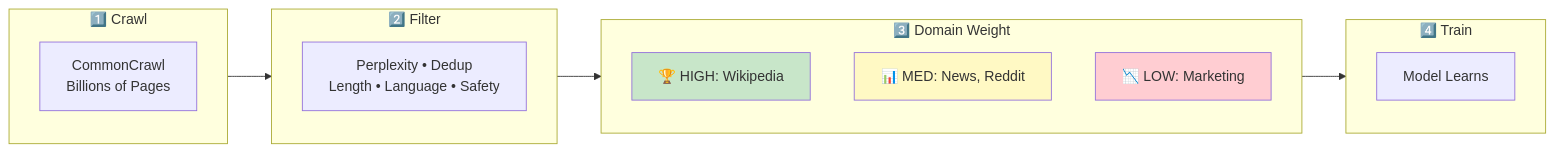
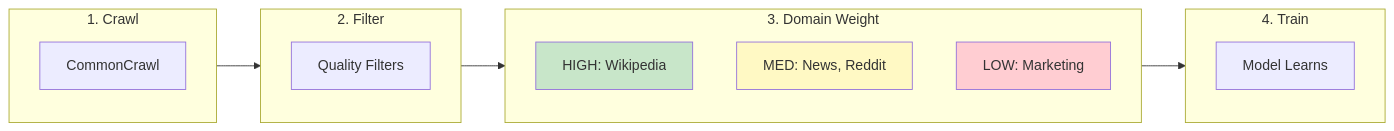
The fourth of 6 diagrams in _posts/2026-01-03-generative-engine-optimization-geo.md (ajing/ajing.github.io), drawn with Mermaid before and after one commit. The commit also changed other lines of this file, not shown here.

Commit message:
Fix diagram labels (remove emojis) and improve code block syntax highlighting

```diff
--- a/_posts/2026-01-03-generative-engine-optimization-geo.md
+++ b/_posts/2026-01-03-generative-engine-optimization-geo.md
@@ -278,26 +272,26 @@
 <div class="mermaid">
 flowchart LR
-    subgraph Crawl["1️⃣ Crawl"]
-        CC[CommonCrawl<br/>Billions of Pages]
+    subgraph Crawl["1. Crawl"]
+        CC[CommonCrawl]
     end
     
-    subgraph Filter["2️⃣ Filter"]
-        F[Perplexity • Dedup<br/>Length • Language • Safety]
+    subgraph Filter["2. Filter"]
+        F[Quality Filters]
     end
     
-    subgraph Weight["3️⃣ Domain Weight"]
-        W1["🏆 HIGH: Wikipedia"]
-        W2["📊 MED: News, Reddit"]
-        W3["📉 LOW: Marketing"]
+    subgraph Weight["3. Domain Weight"]
+        W1["HIGH: Wikipedia"]
+        W2["MED: News, Reddit"]
+        W3["LOW: Marketing"]
     end
     
-    subgraph Train["4️⃣ Train"]
+    subgraph Train["4. Train"]
         T[Model Learns]
     end
     
     Crawl --> Filter --> Weight --> Train
     
     style W1 fill:#c8e6c9
     style W2 fill:#fff9c4
     style W3 fill:#ffcdd2
 </div>
```
